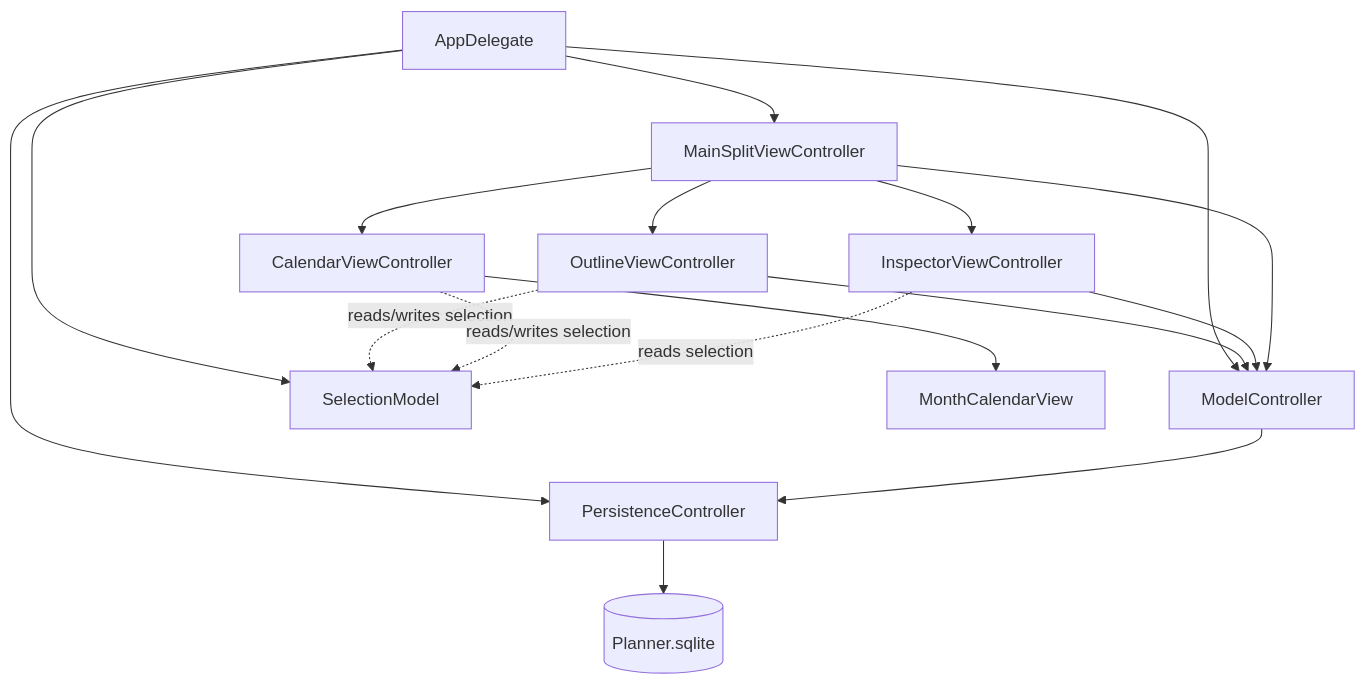
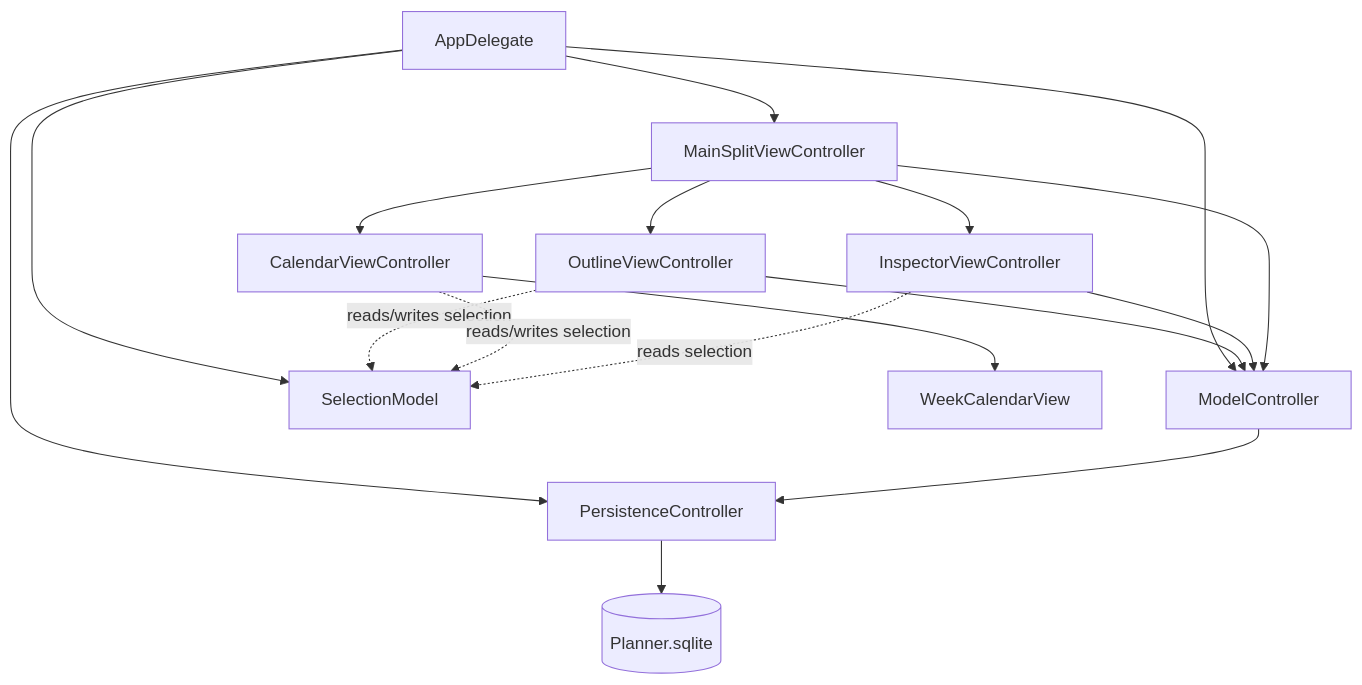
Before and after one commit to rayiner/Planner: the first of 2 diagrams in DESIGN.md, drawn with Mermaid. The commit also changed other lines of this file and 65 other files, not shown here.

First line of the commit message:
Add Outlook events, week calendar, day notes, and planning docs

````diff
--- a/DESIGN.md
+++ b/DESIGN.md
@@ -200,30 +217,30 @@
 ```mermaid
 flowchart TB
   AD[AppDelegate]
   PC[PersistenceController]
   MC[ModelController]
   SM[SelectionModel]
   SVC[MainSplitViewController]
   OV[OutlineViewController]
   CV[CalendarViewController]
   IV[InspectorViewController]
-  Grid[MonthCalendarView]
+  Grid[WeekCalendarView]
   Store[(Planner.sqlite)]
 
   AD --> PC
   AD --> MC
   AD --> SM
   AD --> SVC
   MC --> PC
   PC --> Store
   SVC --> OV
   SVC --> CV
   SVC --> IV
   CV --> Grid
   OV -.->|reads/writes selection| SM
   CV -.->|reads/writes selection| SM
   IV -.->|reads selection| SM
   OV --> MC
   IV --> MC
   SVC --> MC
 ```
````
